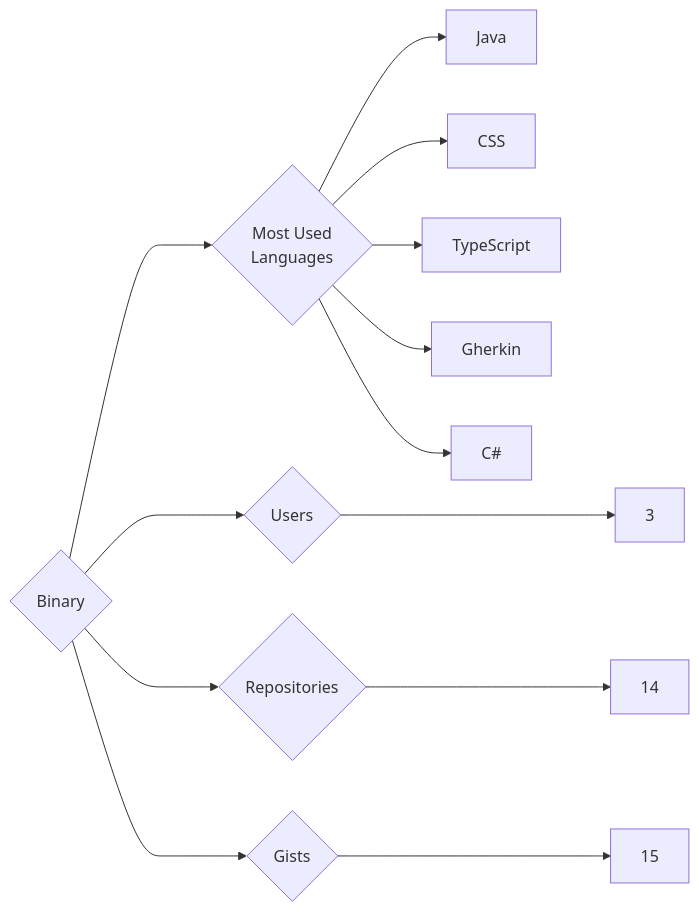
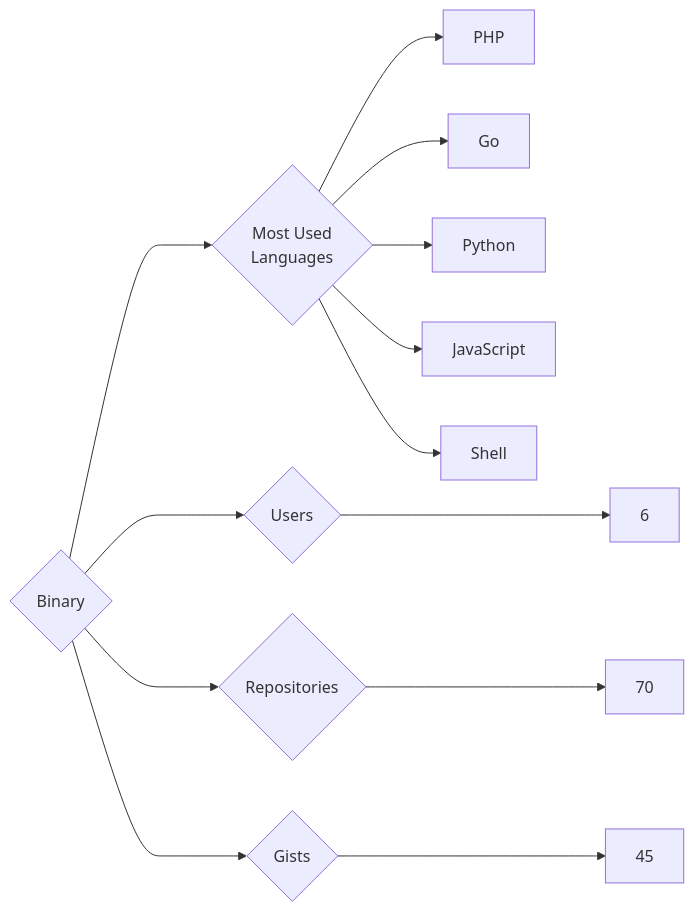
One commit to trickest/insiders changed the diagram in targets/Binary/README.md. Above: the diagram before and after it, drawn with Mermaid. The commit also changed 1175 other files, not shown here.

````diff
--- a/targets/Binary/README.md
+++ b/targets/Binary/README.md
@@ -3,13 +3,13 @@
 ```mermaid
 graph LR
 COMPANY_NAME{Binary}
-COMPANY_NAME ---> U{Users} ---> UN[3]
-COMPANY_NAME ---> R{Repositories} ---> RN[14]
-COMPANY_NAME ---> G{Gists} ---> GN[15]
+COMPANY_NAME ---> U{Users} ---> UN[6]
+COMPANY_NAME ---> R{Repositories} ---> RN[70]
+COMPANY_NAME ---> G{Gists} ---> GN[45]
 COMPANY_NAME ---> ML{Most Used<br>Languages}
-ML --> Java[Java]
-ML --> CSS[CSS]
-ML --> TypeScript[TypeScript]
-ML --> Gherkin[Gherkin]
-ML --> C#[C#]
+ML --> PHP[PHP]
+ML --> Go[Go]
+ML --> Python[Python]
+ML --> JavaScript[JavaScript]
+ML --> Shell[Shell]
 ```
````
